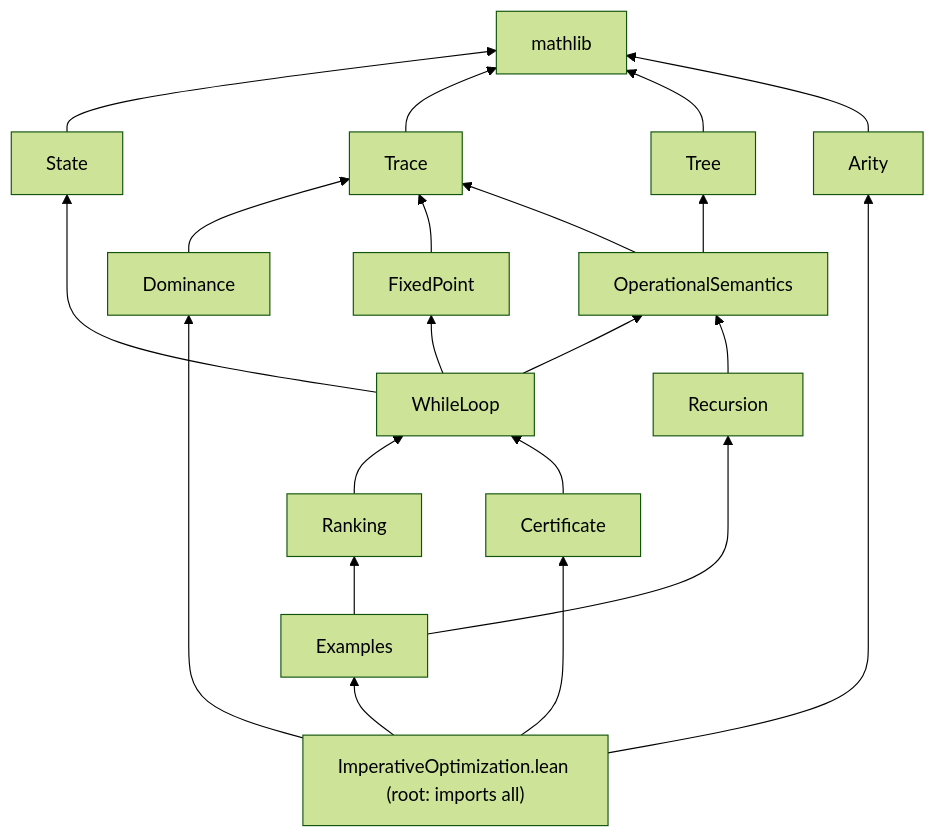
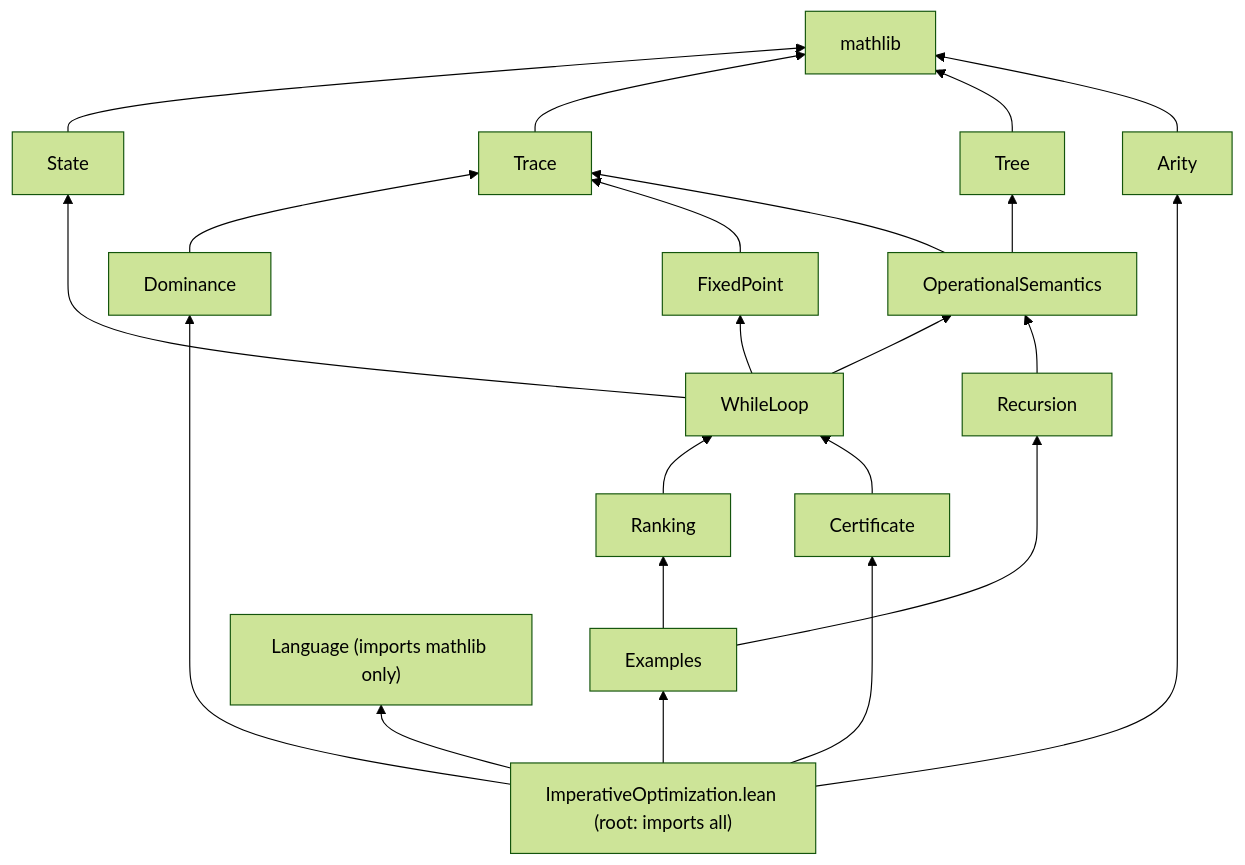
The diagram in docs/guide/06-lean-modules.md (ldallolio/crosscheck), drawn with Mermaid (forest theme) before and after one commit. The commit also changed other lines of this file and 10 other files, not shown here.

````diff
--- a/docs/guide/06-lean-modules.md
+++ b/docs/guide/06-lean-modules.md
@@ -20,24 +20,25 @@
 ```mermaid
 flowchart BT
   ML[mathlib]
   State --> ML
   Trace --> ML
   Tree --> ML
   Arity --> ML
   Dominance --> Trace
   FixedPoint --> Trace
   OperationalSemantics --> Trace
   OperationalSemantics --> Tree
   WhileLoop --> State
   WhileLoop --> FixedPoint
   WhileLoop --> OperationalSemantics
   Ranking --> WhileLoop
   Certificate --> WhileLoop
   Recursion --> OperationalSemantics
   Examples --> Ranking
   Examples --> Recursion
   Root["ImperativeOptimization.lean (root: imports all)"] --> Examples
   Root --> Certificate
   Root --> Arity
   Root --> Dominance
+  Root --> Language["Language (imports mathlib only)"]
 ```
````
